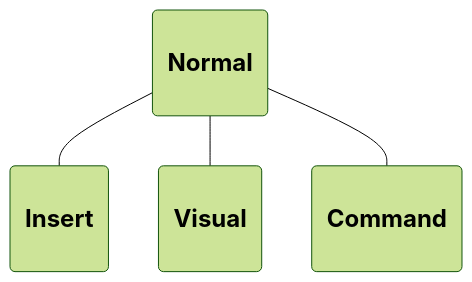
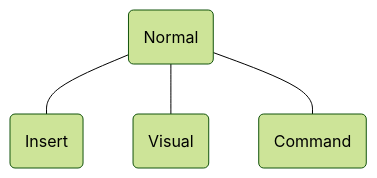
Before and after one commit to Bricktech2000/Notes: the diagram in notes/vim-talk.md, drawn with Mermaid (forest theme). The commit also changed other lines of this file and 23 other files, not shown here.

````diff
--- a/notes/vim-talk.md
+++ b/notes/vim-talk.md
@@ -25,13 +30,13 @@
 ```mermaid
 graph TD
 
-N(<h2><o>Normal)
+N(Normal)
 
-I(<h2><o>Insert)
-C(<h2><o>Command)
-V(<h2><o>Visual)
+I(Insert)
+C(Command)
+V(Visual)
 
 N --- I
 N --- V
 N --- C
 ```
````
